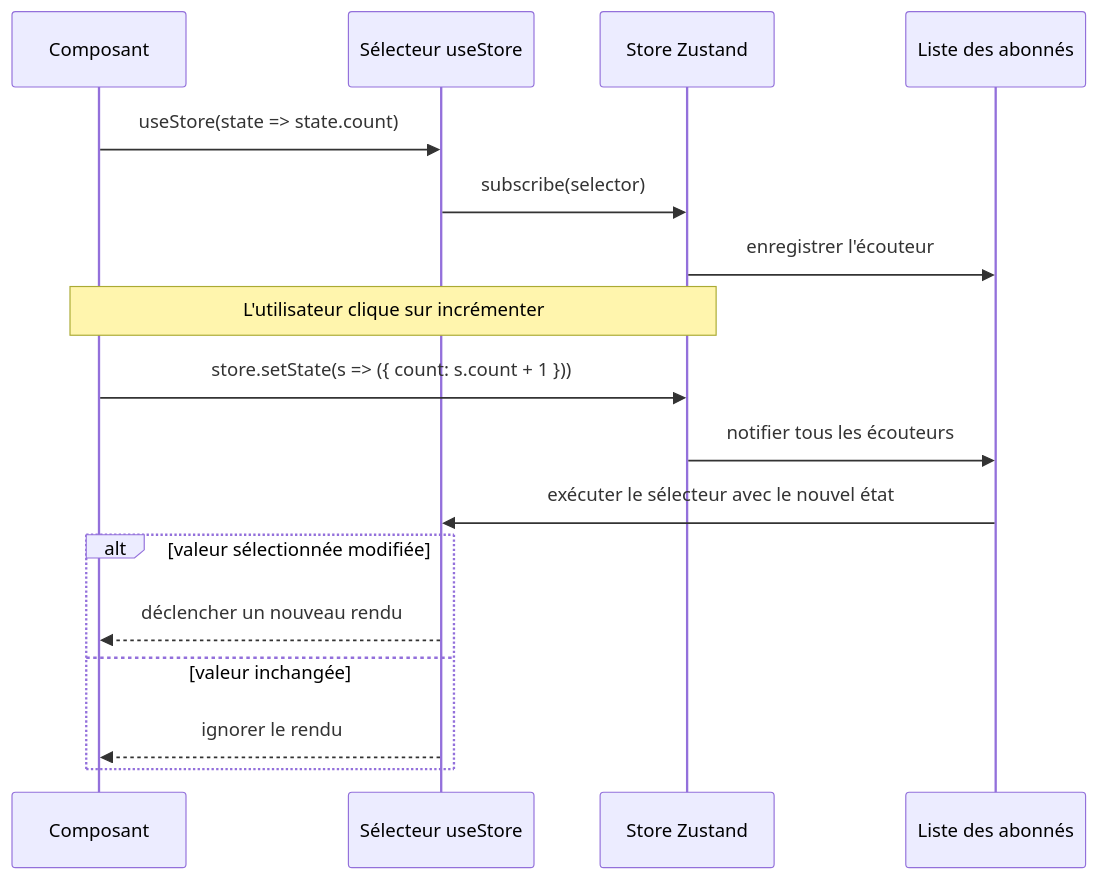
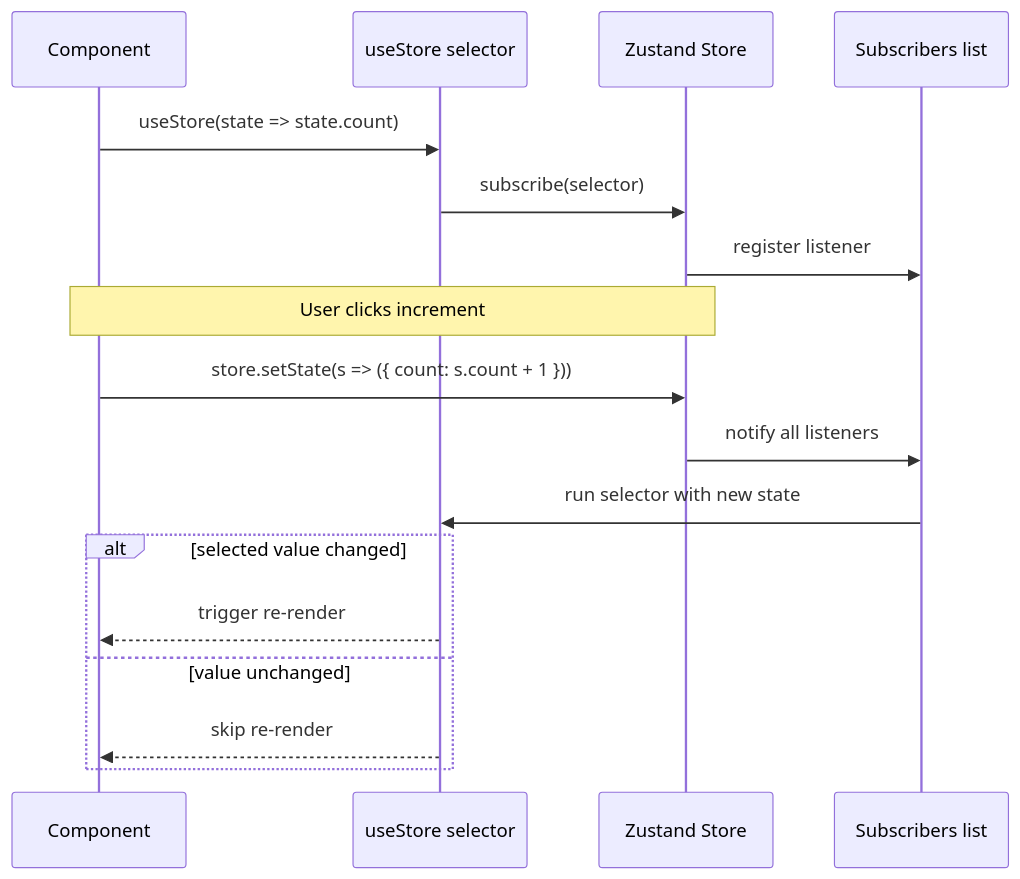
One commit to BabaScience/react-guides changed the sixth of 7 diagrams in arguments/chapters/fr/06-state-management.md. Above: the diagram before and after it, drawn with Mermaid. The commit also changed other lines of this file and 29 other files, not shown here.

First line of the commit message:
Bring React FR/IT translations to full English parity + theme-safe diagrams

````diff
--- a/arguments/chapters/fr/06-state-management.md
+++ b/arguments/chapters/fr/06-state-management.md
@@ -287,20 +1561,20 @@
 ```mermaid
 sequenceDiagram
-    participant C as Composant
-    participant H as Sélecteur useStore
-    participant St as Store Zustand
-    participant L as Liste des abonnés
+    participant C as Component
+    participant H as useStore selector
+    participant St as Zustand Store
+    participant L as Subscribers list
 
     C->>H: useStore(state => state.count)
     H->>St: subscribe(selector)
-    St->>L: enregistrer l'écouteur
-    Note over C,St: L'utilisateur clique sur incrémenter
+    St->>L: register listener
+    Note over C,St: User clicks increment
     C->>St: store.setState(s => ({ count: s.count + 1 }))
-    St->>L: notifier tous les écouteurs
-    L->>H: exécuter le sélecteur avec le nouvel état
-    alt valeur sélectionnée modifiée
-        H-->>C: déclencher un nouveau rendu
-    else valeur inchangée
-        H-->>C: ignorer le rendu
+    St->>L: notify all listeners
+    L->>H: run selector with new state
+    alt selected value changed
+        H-->>C: trigger re-render
+    else value unchanged
+        H-->>C: skip re-render
     end
 ```
````
